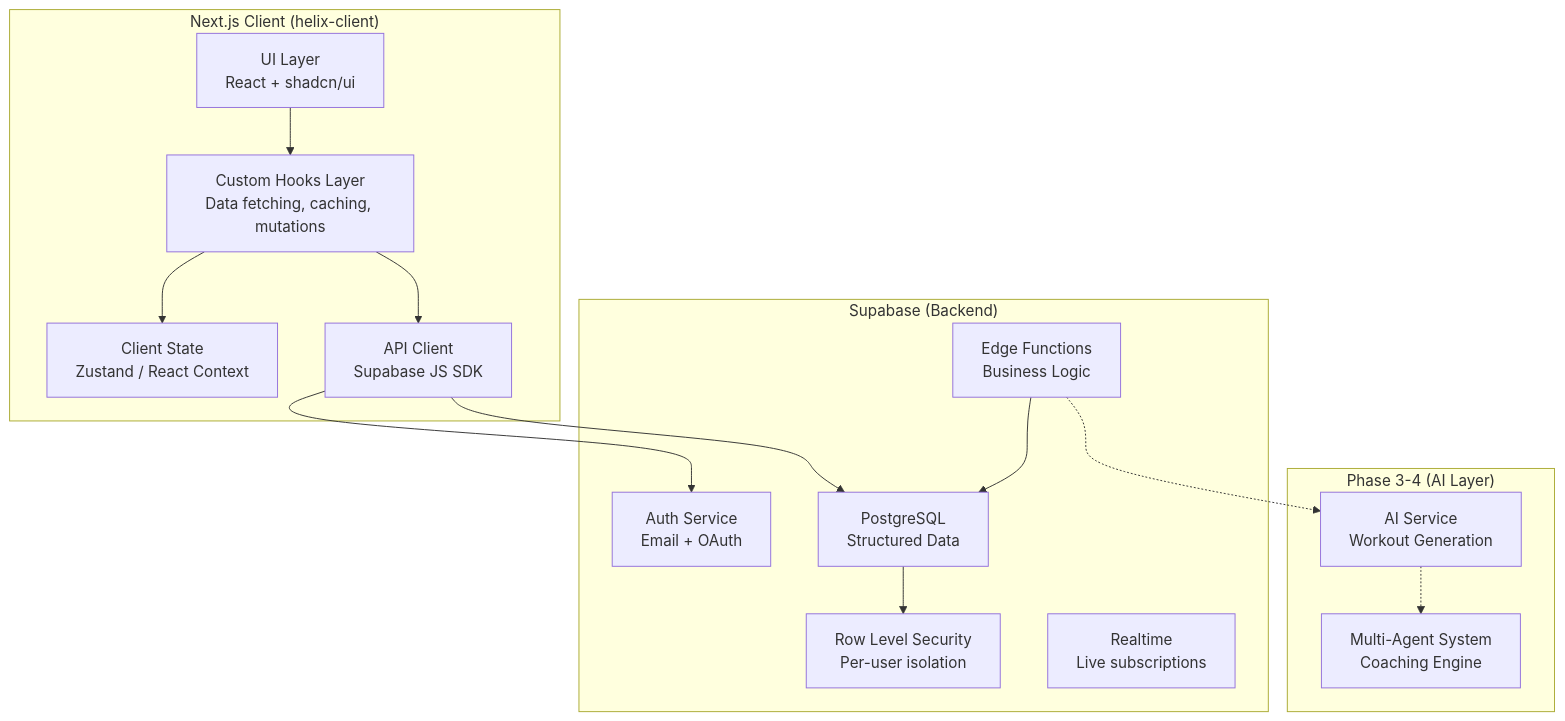
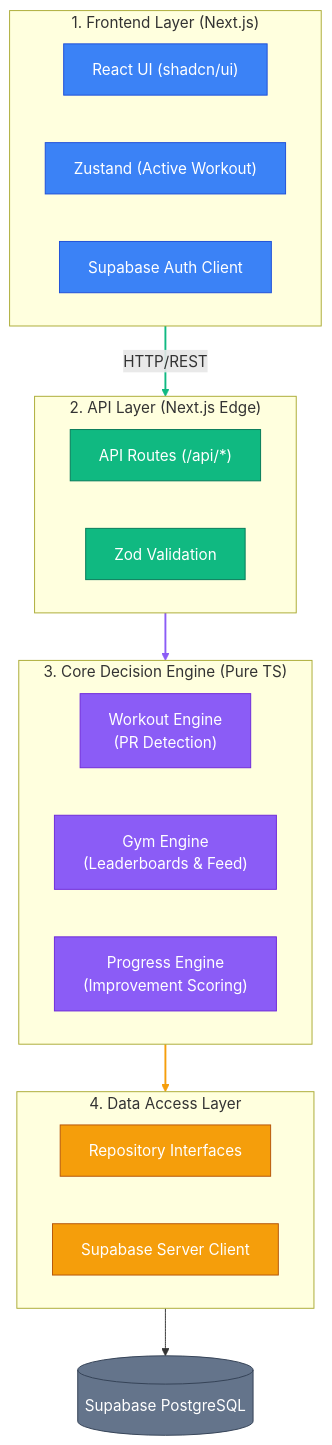
Before and after one commit to mr-talukdar/helix-client: the first of 4 diagrams in docs/system_design.md, drawn with Mermaid. The commit also changed other lines of this file and 179 other files, not shown here.

````diff
--- a/docs/system_design.md
+++ b/docs/system_design.md
@@ -23,32 +18,42 @@
 ```mermaid
 graph TD
-    subgraph Client["Next.js Client (helix-client)"]
-        UI["UI Layer<br/>React + shadcn/ui"]
-        Hooks["Custom Hooks Layer<br/>Data fetching, caching, mutations"]
-        Store["Client State<br/>Zustand / React Context"]
-        API["API Client<br/>Supabase JS SDK"]
+    classDef ui fill:#3b82f6,stroke:#1d4ed8,color:#fff
+    classDef api fill:#10b981,stroke:#047857,color:#fff
+    classDef engine fill:#8b5cf6,stroke:#6d28d9,color:#fff
+    classDef data fill:#f59e0b,stroke:#b45309,color:#fff
+    classDef db fill:#64748b,stroke:#334155,color:#fff
+
+    subgraph Client ["1. Frontend Layer (Next.js)"]
+        UI["React UI (shadcn/ui)"]:::ui
+        Store["Zustand (Active Workout)"]:::ui
+        AuthCL["Supabase Auth Client"]:::ui
     end
 
-    subgraph Supabase["Supabase (Backend)"]
-        Auth["Auth Service<br/>Email + OAuth"]
-        PG["PostgreSQL<br/>Structured Data"]
-        RLS["Row Level Security<br/>Per-user isolation"]
-        Edge["Edge Functions<br/>Business Logic"]
-        RT["Realtime<br/>Live subscriptions"]
+    subgraph Backend ["2. API Layer (Next.js Edge)"]
+        Routes["API Routes (/api/*)"]:::api
+        Zod["Zod Validation"]:::api
     end
 
-    subgraph Future["Phase 3-4 (AI Layer)"]
-        AI["AI Service<br/>Workout Generation"]
-        Agents["Multi-Agent System<br/>Coaching Engine"]
+    subgraph Engine ["3. Core Decision Engine (Pure TS)"]
+        WE["Workout Engine<br/>(PR Detection)"]:::engine
+        GE["Gym Engine<br/>(Leaderboards & Feed)"]:::engine
+        PE["Progress Engine<br/>(Improvement Scoring)"]:::engine
     end
 
-    UI --> Hooks
-    Hooks --> Store
-    Hooks --> API
-    API --> Auth
-    API --> PG
-    PG --> RLS
-    Edge --> PG
-    Edge -.-> AI
-    AI -.-> Agents
+    subgraph DAL ["4. Data Access Layer"]
+        Repo["Repository Interfaces"]:::data
+        SBC["Supabase Server Client"]:::data
+    end
+
+    DB[("Supabase PostgreSQL")]:::db
+
+    Client -->|HTTP/REST| Backend
+    Backend --> Engine
+    Engine --> DAL
+    DAL --> DB
+
+    %% Rules
+    linkStyle 0 stroke:#10b981,stroke-width:2px;
+    linkStyle 1 stroke:#8b5cf6,stroke-width:2px;
+    linkStyle 2 stroke:#f59e0b,stroke-width:2px;
 ```
````
